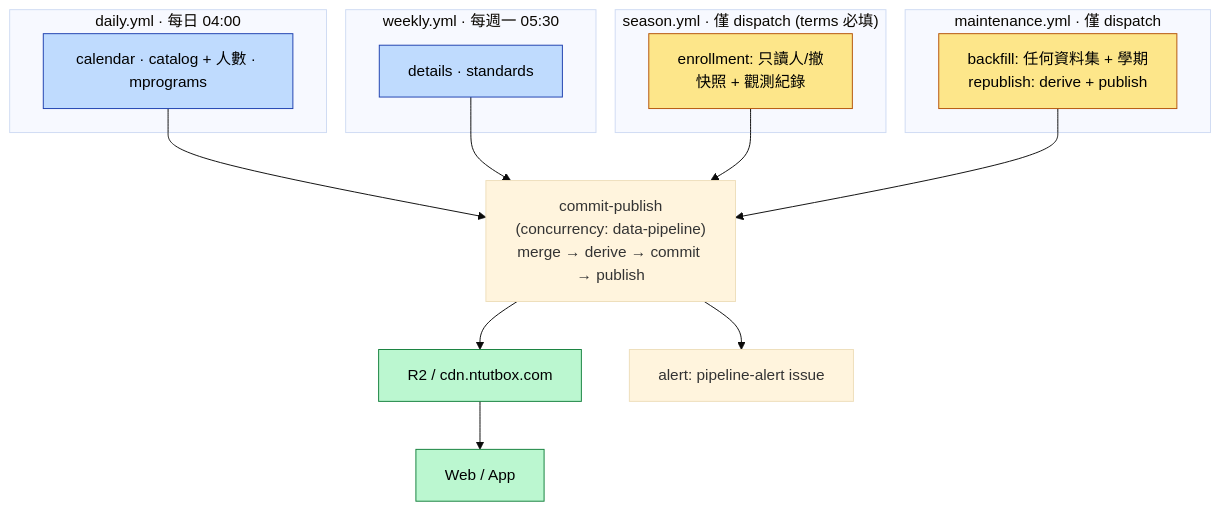
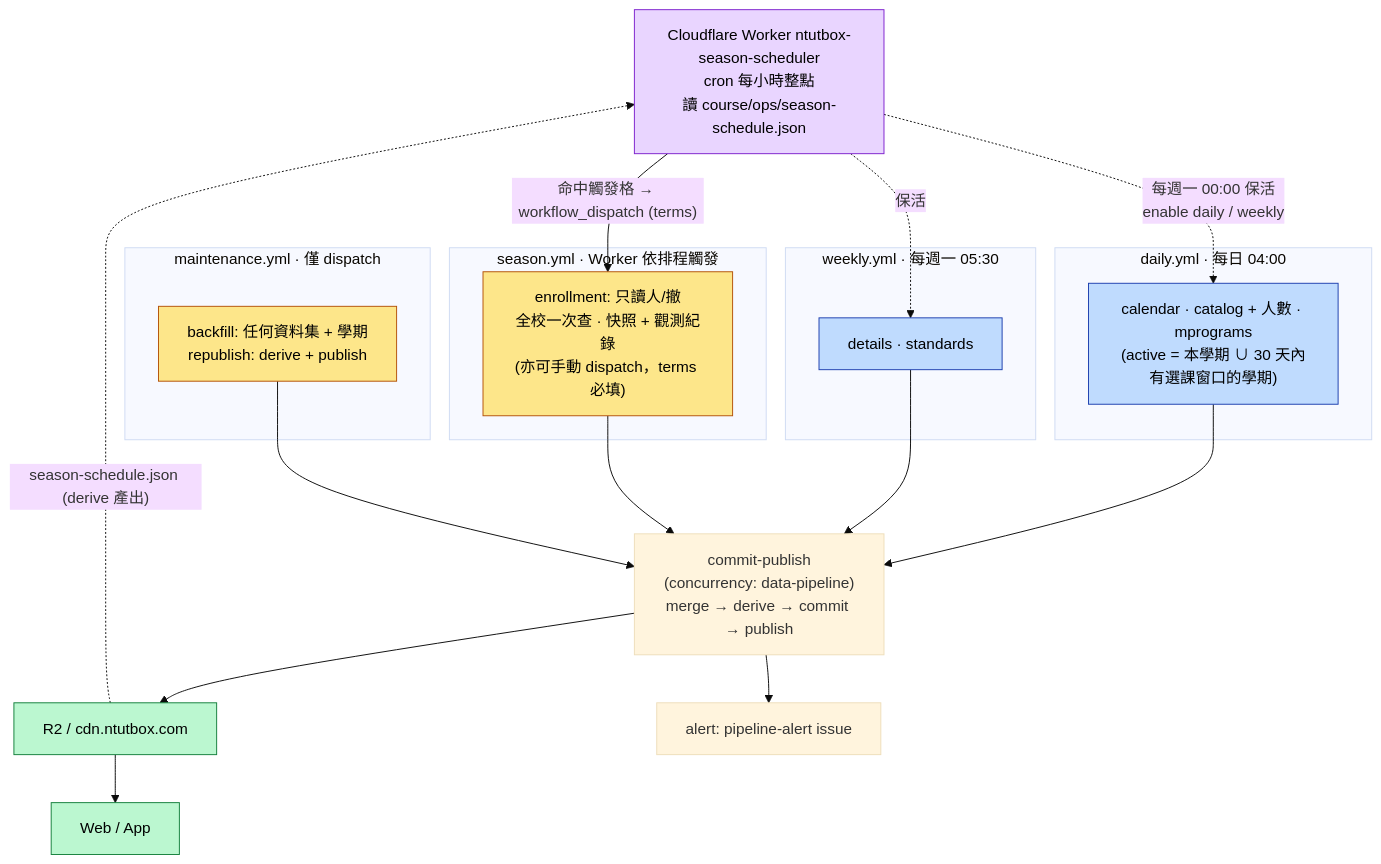
Before and after one commit to poterpan/ntutbox-course: the diagram in docs/diagrams/05-two-cadences.mmd, drawn with Mermaid (base theme). The commit also changed 11 other files, not shown here.

First line of the commit message:
docs: 架構圖與 ARCHITECTURE 補上 season 排程 Worker、學期切換與 web 自動重建（#111–#117） (#119)

```diff
--- a/docs/diagrams/05-two-cadences.mmd
+++ b/docs/diagrams/05-two-cadences.mmd
@@ -1,28 +1,37 @@
 flowchart TB
+    worker["Cloudflare Worker ntutbox-season-scheduler<br/>cron 每小時整點<br/>讀 course/ops/season-schedule.json"]
+
     subgraph DAILY["daily.yml · 每日 04:00"]
-        d1["calendar · catalog + 人數 · mprograms"]
+        d1["calendar · catalog + 人數 · mprograms<br/>(active = 本學期 ∪ 30 天內有選課窗口的學期)"]
     end
     subgraph WEEKLY["weekly.yml · 每週一 05:30"]
         w1["details · standards"]
     end
-    subgraph SEASON["season.yml · 僅 dispatch (terms 必填)"]
-        s1["enrollment: 只讀人/撤<br/>快照 + 觀測紀錄"]
+    subgraph SEASON["season.yml · Worker 依排程觸發"]
+        s1["enrollment: 只讀人/撤<br/>全校一次查 · 快照 + 觀測紀錄<br/>(亦可手動 dispatch，terms 必填)"]
     end
     subgraph MAINT["maintenance.yml · 僅 dispatch"]
         m1["backfill: 任何資料集 + 學期<br/>republish: derive + publish"]
     end
+
+    worker -->|"命中觸發格 → workflow_dispatch (terms)"| s1
+    worker -.->|"每週一 00:00 保活<br/>enable daily / weekly"| d1
+    worker -.->|保活| w1
 
     d1 --> L["commit-publish<br/>(concurrency: data-pipeline)<br/>merge → derive → commit → publish"]
     w1 --> L
     s1 --> L
     m1 --> L
     L --> R2["R2 / cdn.ntutbox.com"]
     L --> AL["alert: pipeline-alert issue"]
     R2 --> web["Web / App"]
+    R2 -.->|"season-schedule.json (derive 產出)"| worker
 
     classDef daily fill:#bfdbfe,stroke:#1e40af,color:#000
     classDef fast fill:#fde68a,stroke:#b45309,color:#000
     classDef out fill:#bbf7d0,stroke:#15803d,color:#000
+    classDef trig fill:#e9d5ff,stroke:#7e22ce,color:#000
     class d1,w1 daily
     class s1,m1 fast
     class R2,web out
+    class worker trig
```
